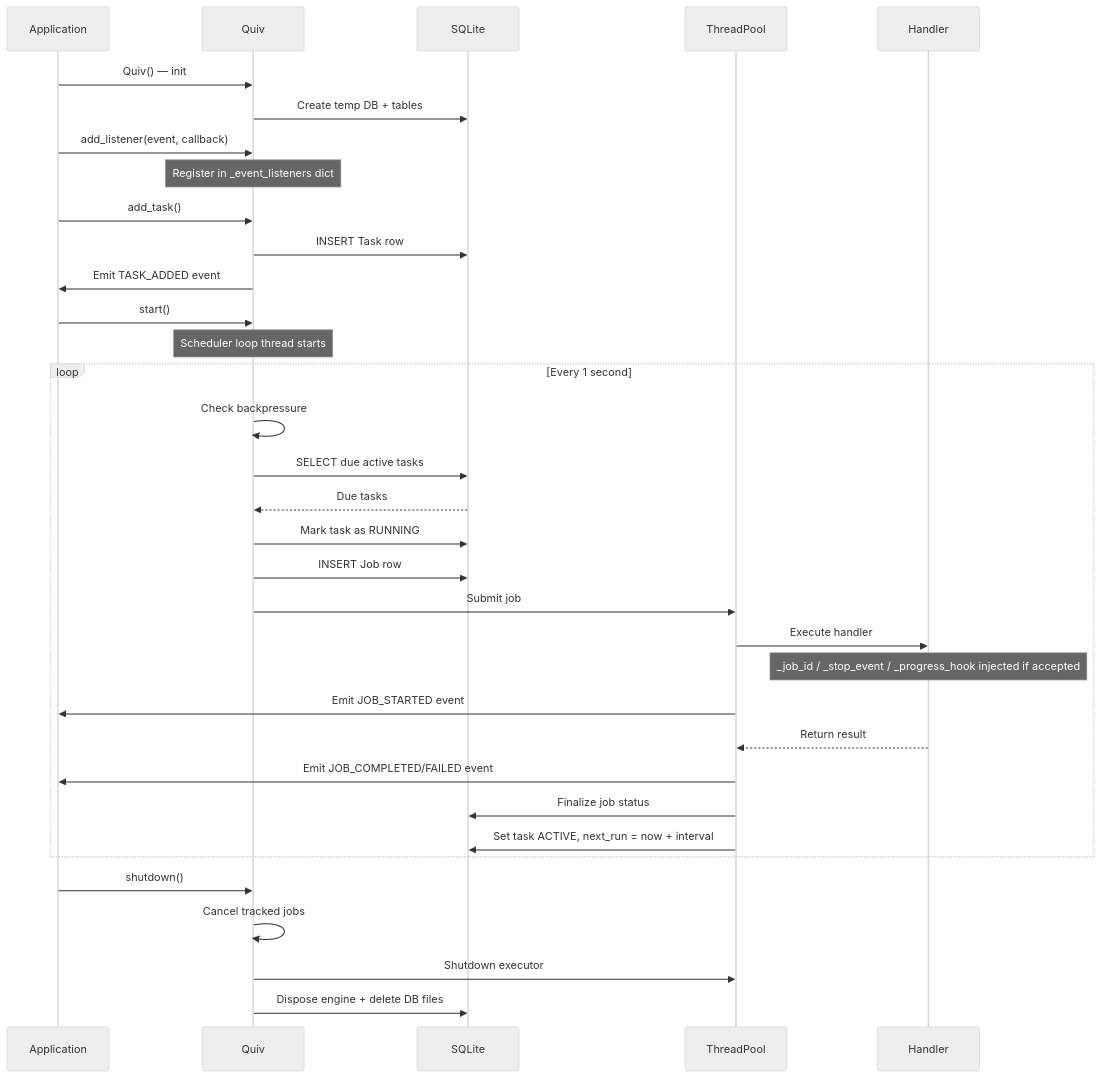
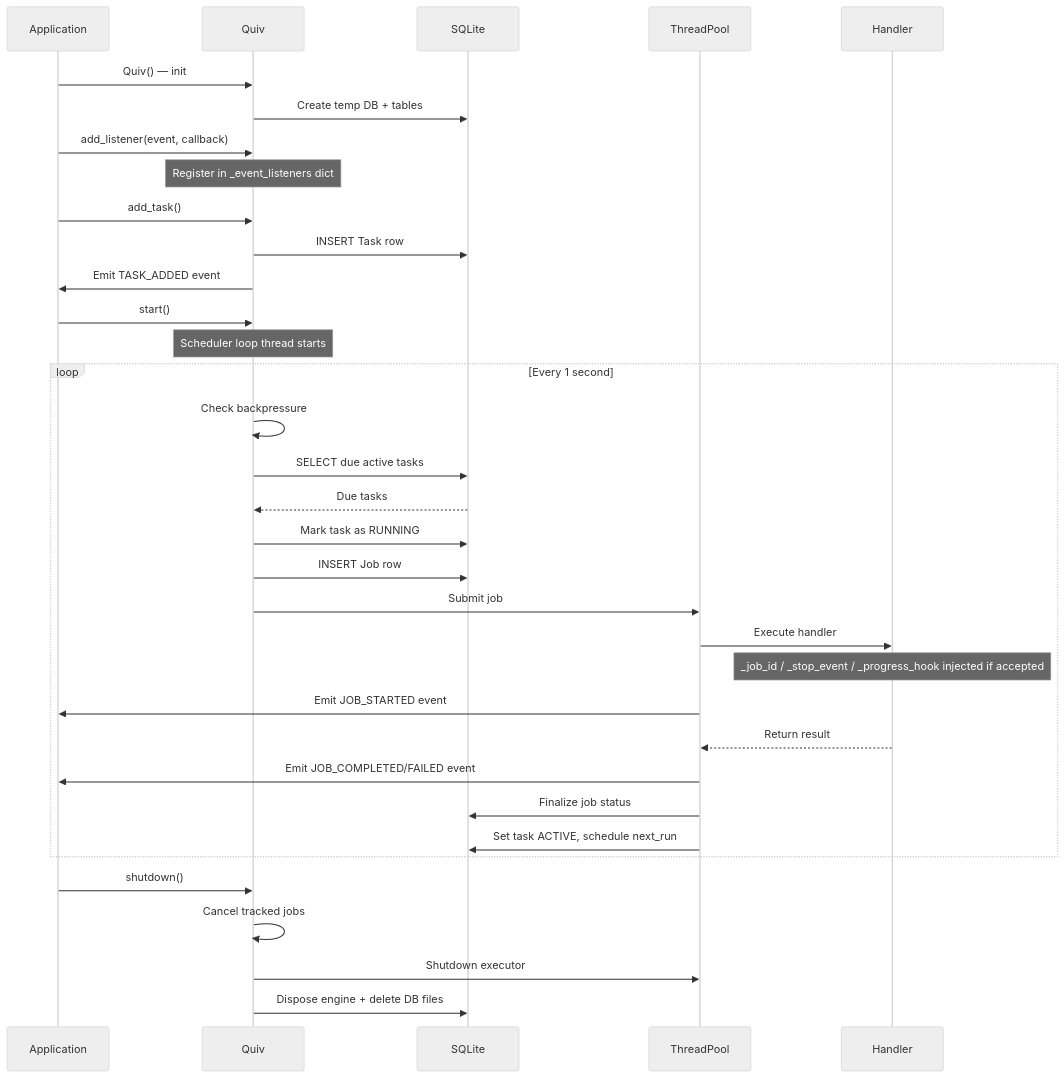
Before and after one commit to nandyalu/quiv: the diagram in docs/architecture.md, drawn with Mermaid (neutral theme). The commit also changed 1 other file, not shown here.

Commit message:
upd: minor clarification in docs

````diff
--- a/docs/architecture.md
+++ b/docs/architecture.md
@@ -15,42 +15,42 @@
 ```mermaid
 sequenceDiagram
     participant App as Application
     participant Q as Quiv
     participant DB as SQLite
     participant Pool as ThreadPool
     participant H as Handler
 
     App->>Q: Quiv() — init
     Q->>DB: Create temp DB + tables
 
     App->>Q: add_listener(event, callback)
     Note over Q: Register in _event_listeners dict
 
     App->>Q: add_task()
     Q->>DB: INSERT Task row
     Q->>App: Emit TASK_ADDED event
 
     App->>Q: start()
     Note over Q: Scheduler loop thread starts
 
     loop Every 1 second
         Q->>Q: Check backpressure
         Q->>DB: SELECT due active tasks
         DB-->>Q: Due tasks
         Q->>DB: Mark task as RUNNING
         Q->>DB: INSERT Job row
         Q->>Pool: Submit job
         Pool->>H: Execute handler
         Note over H: _job_id / _stop_event / _progress_hook injected if accepted
         Pool->>App: Emit JOB_STARTED event
         H-->>Pool: Return result
         Pool->>App: Emit JOB_COMPLETED/FAILED event
         Pool->>DB: Finalize job status
-        Pool->>DB: Set task ACTIVE, next_run = now + interval
+        Pool->>DB: Set task ACTIVE, schedule next_run
     end
 
     App->>Q: shutdown()
     Q->>Q: Cancel tracked jobs
     Q->>Pool: Shutdown executor
     Q->>DB: Dispose engine + delete DB files
 ```
````
